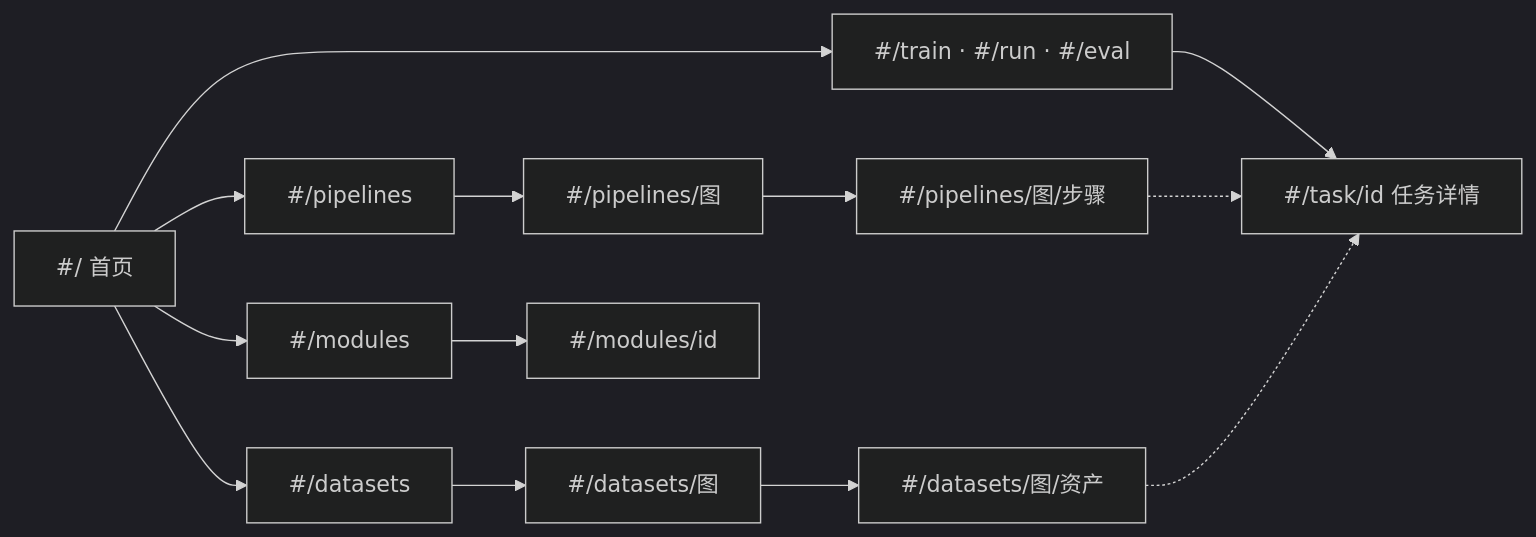
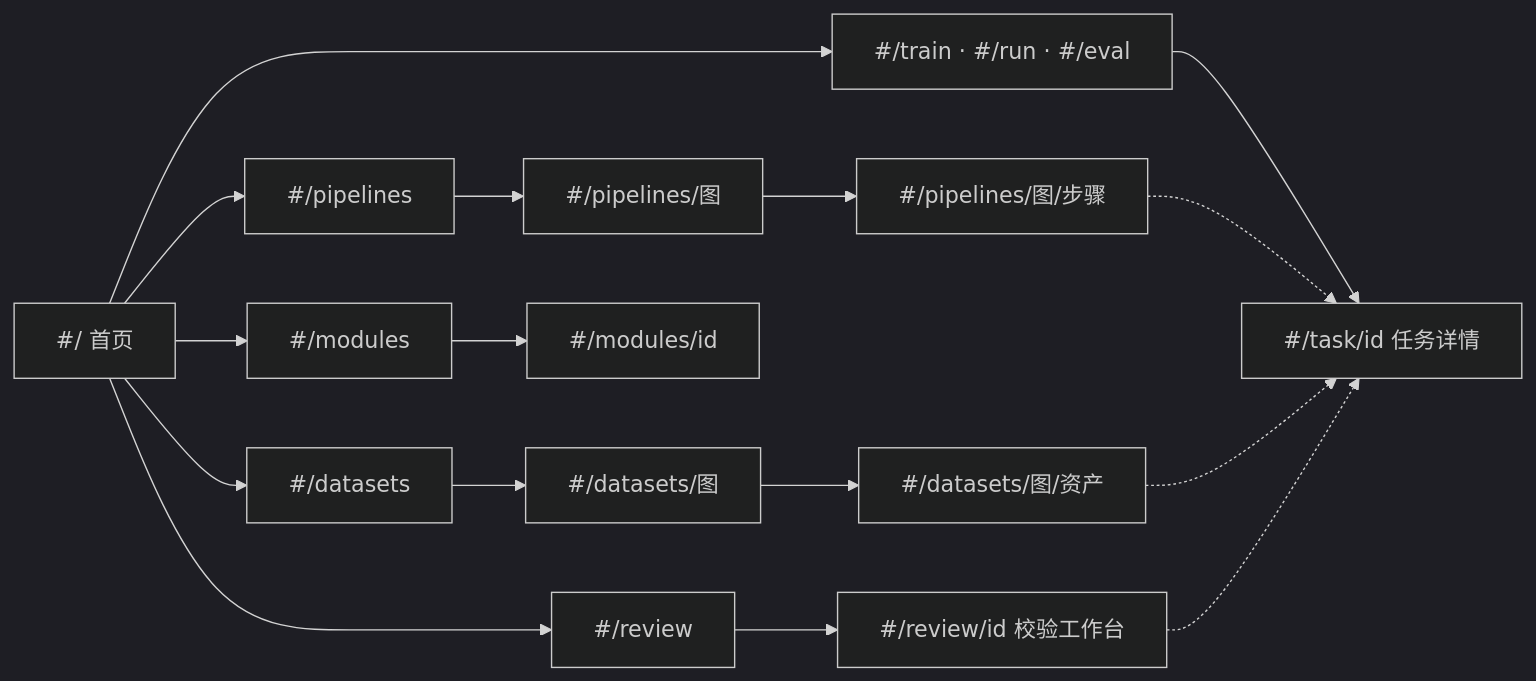
One commit to StevenHuang233/AI-record changed the seventh of 7 diagrams in skills/status-board/SKILL.md. Above: the diagram before and after it, drawn with Mermaid (dark theme). The commit also changed other lines of this file and 24 other files, not shown here.

````diff
--- a/skills/status-board/SKILL.md
+++ b/skills/status-board/SKILL.md
@@ -144,10 +163,12 @@
 ```mermaid
 flowchart LR
     H["#/ 首页"] --> T["#/train · #/run · #/eval"]
     T --> TD["#/task/id 任务详情"]
     H --> PL["#/pipelines"] --> PD["#/pipelines/图"] --> PN["#/pipelines/图/步骤"]
     H --> DL["#/datasets"] --> DD["#/datasets/图"] --> DN["#/datasets/图/资产"]
     H --> ML["#/modules"] --> MD["#/modules/id"]
+    H --> RL["#/review"] --> RD["#/review/id 校验工作台"]
     PN -.-> TD
     DN -.-> TD
+    RD -.-> TD
 ```
````
